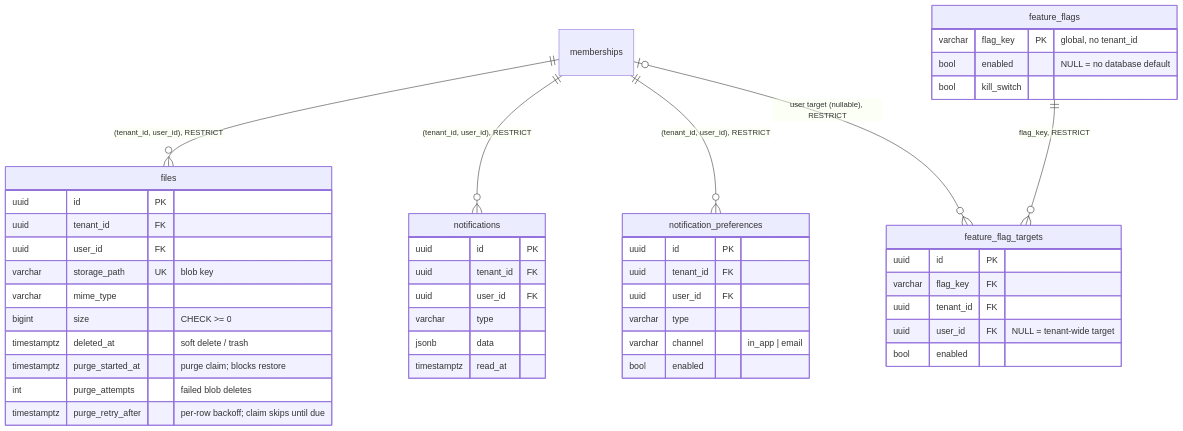
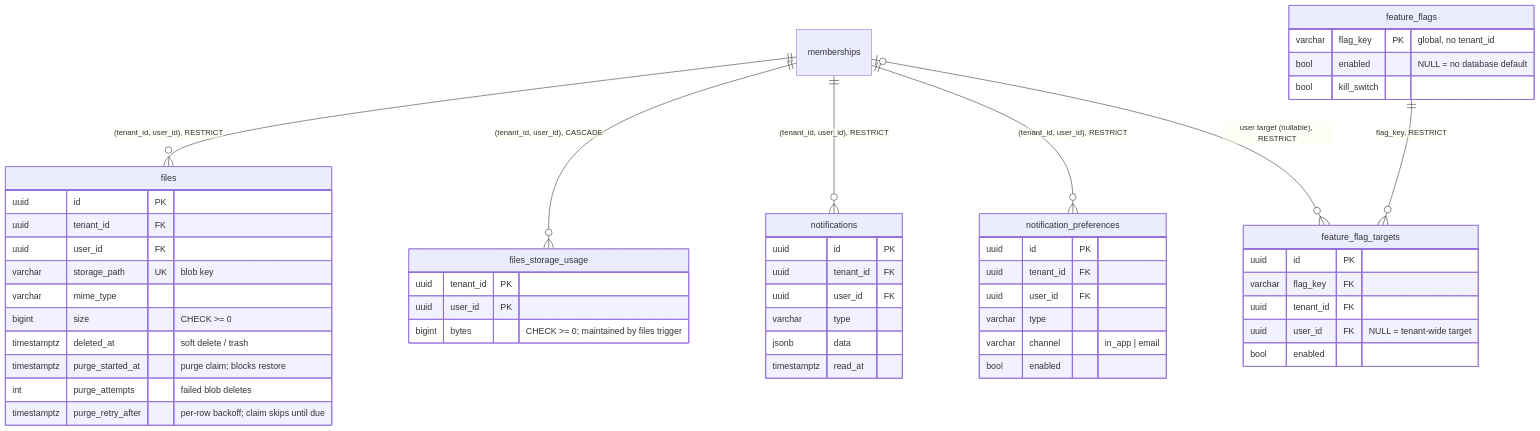
Before and after one commit to chuanghiduoc/fiber-golang-boilerplate: the second of 4 diagrams in docs/data-model.md, drawn with Mermaid. The commit also changed other lines of this file and 353 other files, not shown here.

````diff
--- a/docs/data-model.md
+++ b/docs/data-model.md
@@ -451,49 +455,55 @@
 ```mermaid
 erDiagram
     memberships ||--o{ files : "(tenant_id, user_id), RESTRICT"
+    memberships ||--o{ files_storage_usage : "(tenant_id, user_id), CASCADE"
     memberships ||--o{ notifications : "(tenant_id, user_id), RESTRICT"
     memberships ||--o{ notification_preferences : "(tenant_id, user_id), RESTRICT"
     feature_flags ||--o{ feature_flag_targets : "flag_key, RESTRICT"
     memberships |o--o{ feature_flag_targets : "user target (nullable), RESTRICT"
 
     files {
         uuid id PK
         uuid tenant_id FK
         uuid user_id FK
         varchar storage_path UK "blob key"
         varchar mime_type
         bigint size "CHECK >= 0"
         timestamptz deleted_at "soft delete / trash"
         timestamptz purge_started_at "purge claim; blocks restore"
         int purge_attempts "failed blob deletes"
         timestamptz purge_retry_after "per-row backoff; claim skips until due"
+    }
+    files_storage_usage {
+        uuid tenant_id PK
+        uuid user_id PK
+        bigint bytes "CHECK >= 0; maintained by files trigger"
     }
     notifications {
         uuid id PK
         uuid tenant_id FK
         uuid user_id FK
         varchar type
         jsonb data
         timestamptz read_at
     }
     notification_preferences {
         uuid id PK
         uuid tenant_id FK
         uuid user_id FK
         varchar type
         varchar channel "in_app | email"
         bool enabled
     }
     feature_flags {
         varchar flag_key PK "global, no tenant_id"
         bool enabled "NULL = no database default"
         bool kill_switch
     }
     feature_flag_targets {
         uuid id PK
         varchar flag_key FK
         uuid tenant_id FK
         uuid user_id FK "NULL = tenant-wide target"
         bool enabled
     }
 ```
````
